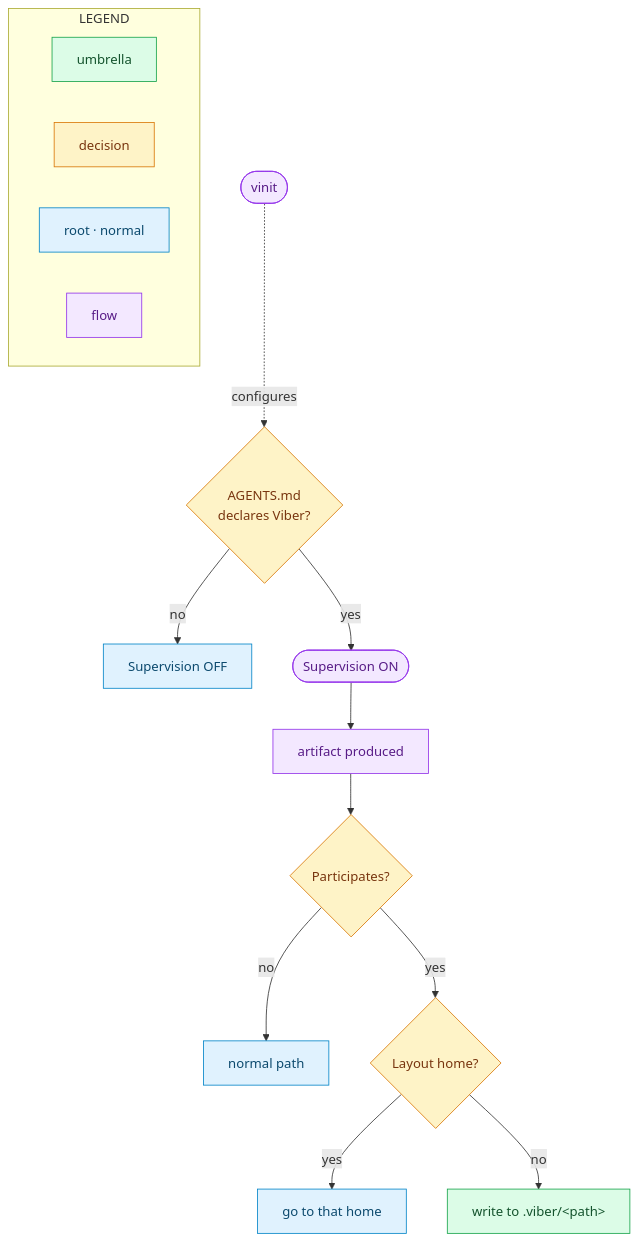
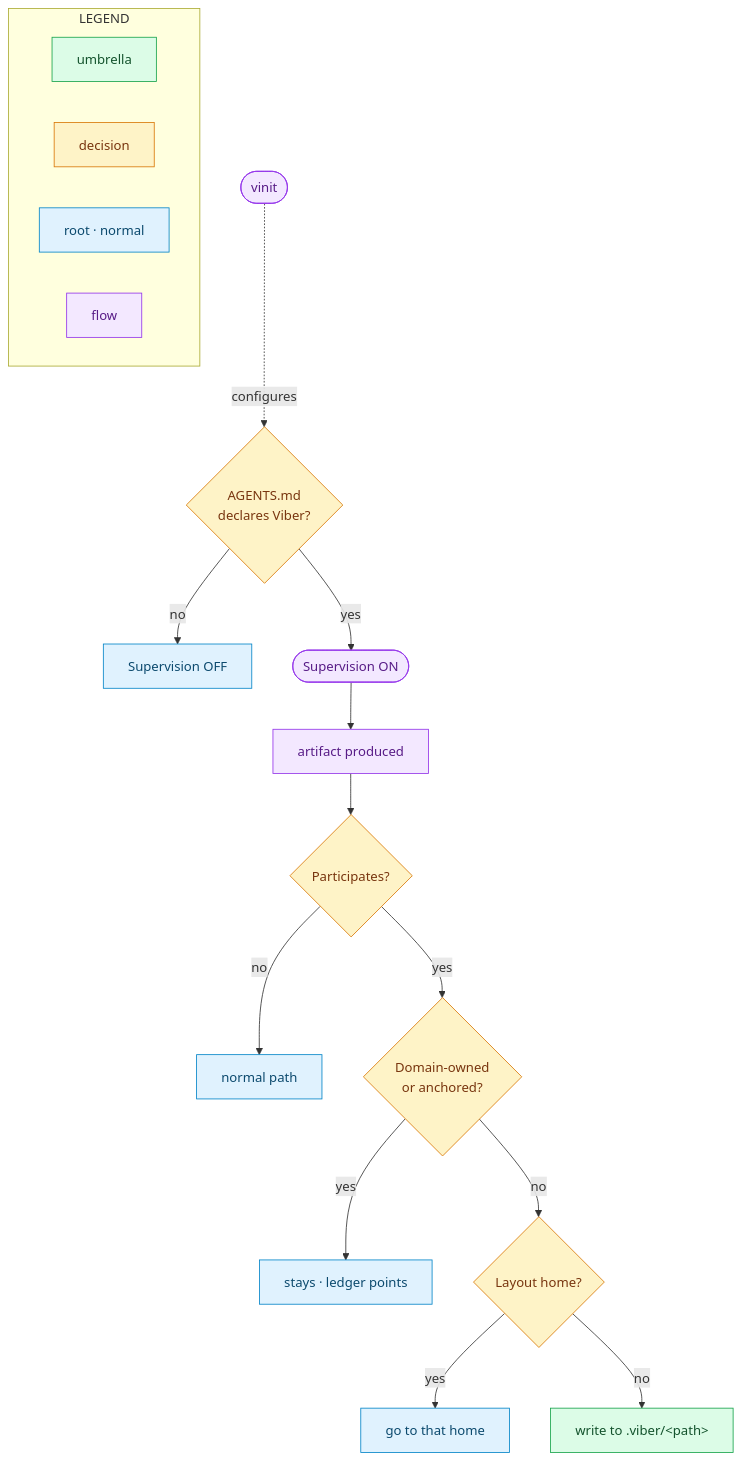
The diagram in docs/diagrams/supervision-flow.mmd (alaamer12/viber), drawn with Mermaid before and after one commit. The commit also changed 63 other files, not shown here.

```diff
--- a/docs/diagrams/supervision-flow.mmd
+++ b/docs/diagrams/supervision-flow.mmd
@@ -1,30 +1,32 @@
 flowchart TD
     AG{"AGENTS.md<br/>declares Viber?"}
     AG -- "no" --> OFF["Supervision OFF"]
     AG -- "yes" --> ON(["Supervision ON"])
 
     ON --> SK["artifact produced"]
     SK --> PART{"Participates?"}
     PART -- "no" --> NORM["normal path"]
-    PART -- "yes" --> LAYOUT{"Layout home?"}
+    PART -- "yes" --> OWN{"Domain-owned<br/>or anchored?"}
+    OWN -- "yes" --> ANCH["stays · ledger points"]
+    OWN -- "no" --> LAYOUT{"Layout home?"}
     LAYOUT -- "yes" --> STAY["go to that home"]
     LAYOUT -- "no" --> UMB["write to .viber/&lt;path&gt;"]
 
     INIT(["vinit"]) -. "configures" .-> AG
 
     subgraph LG["LEGEND"]
         LU["umbrella"]
         LD["decision"]
         LS["root · normal"]
         LE["flow"]
     end
 
     classDef decision fill:#fef3c7,stroke:#d97706,color:#78350f
     classDef umb fill:#dcfce7,stroke:#16a34a,color:#14532d
     classDef stay fill:#e0f2fe,stroke:#0284c7,color:#0c4a6e
     classDef endpoint fill:#f3e8ff,stroke:#9333ea,color:#581c87
 
-    class AG,PART,LAYOUT,LD decision
+    class AG,PART,OWN,LAYOUT,LD decision
     class UMB,LU umb
-    class OFF,NORM,STAY,LS stay
+    class OFF,NORM,ANCH,STAY,LS stay
     class INIT,ON,SK,LE endpoint
```
